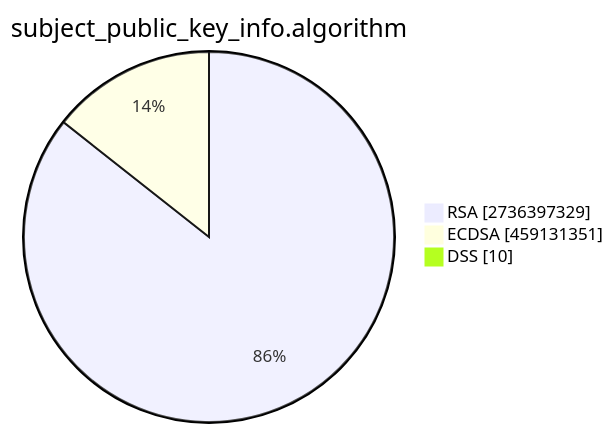
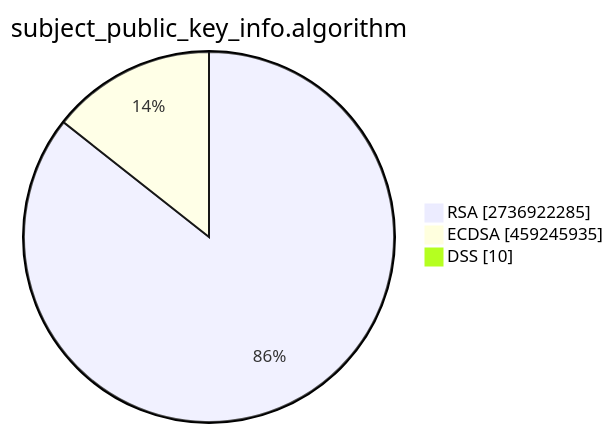
Before and after one commit to christiankrug/ctmonitor_visualization: the second of 15 diagrams in TOTAL/README.md, drawn with Mermaid. The commit also changed other lines of this file, not shown here.

````diff
--- a/TOTAL/README.md
+++ b/TOTAL/README.md
@@ -6,7 +6,7 @@
 ```mermaid
 pie showData
 title subject_public_key_info.algorithm
-"RSA" :2736397329
-"ECDSA" :459131351
+"RSA" :2736922285
+"ECDSA" :459245935
 "DSS" :10
 ```
````
